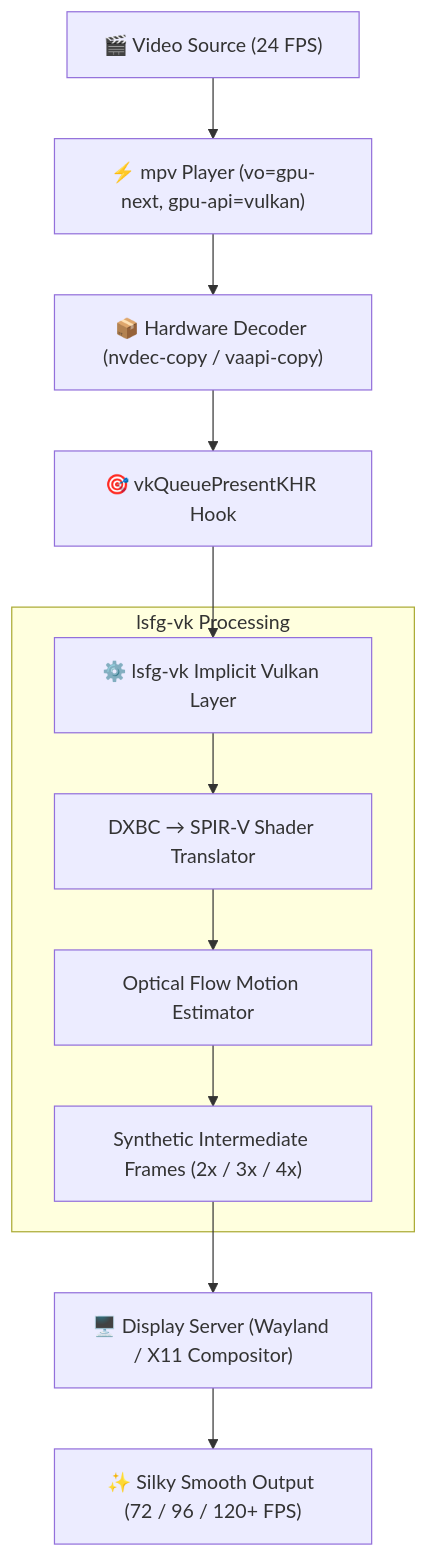
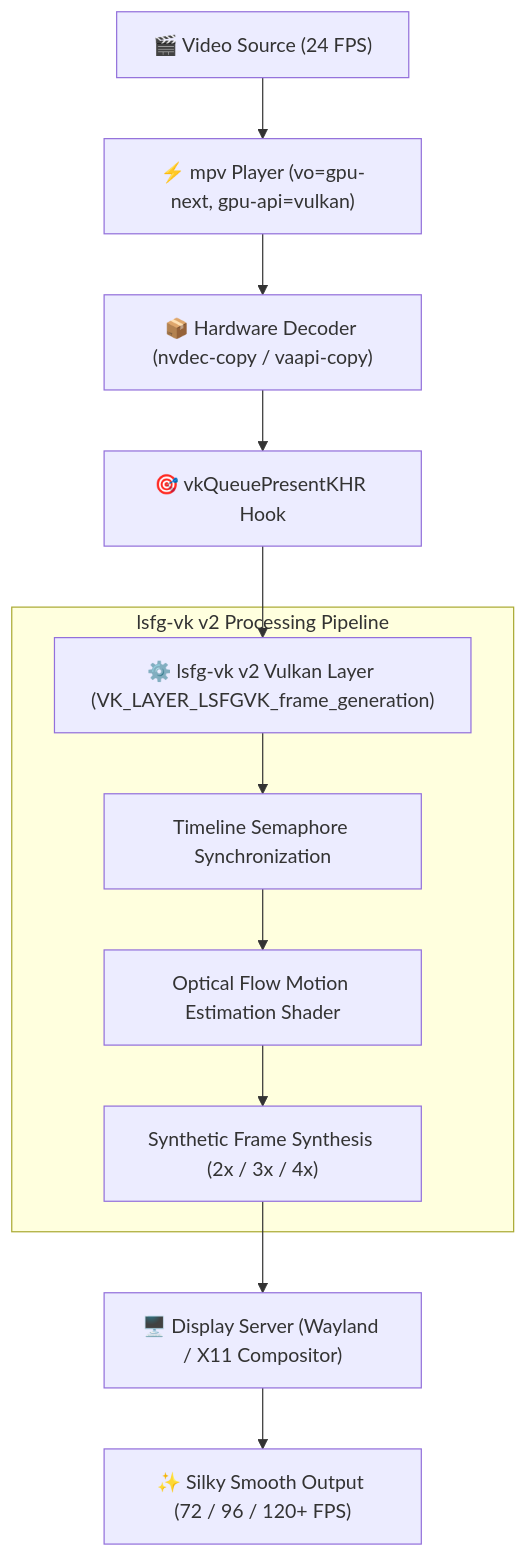
One commit to punitr2007/lsfg-mpv-interpolation-configs changed the diagram in README.md. Above: the diagram before and after it, drawn with Mermaid. The commit also changed other lines of this file and 8 other files, not shown here.

First line of the commit message:
feat(v2): upgrade configs, launcher, and installer to lsfg-vk v2 architecture

````diff
--- a/README.md
+++ b/README.md
@@ -164,14 +207,14 @@
 ```mermaid
 flowchart TD
     A["🎬 Video Source (24 FPS)"] --> B["⚡ mpv Player (vo=gpu-next, gpu-api=vulkan)"]
     B --> C["📦 Hardware Decoder (nvdec-copy / vaapi-copy)"]
     C --> D["🎯 vkQueuePresentKHR Hook"]
-    D --> E["⚙️ lsfg-vk Implicit Vulkan Layer"]
-    subgraph LayerEngine ["lsfg-vk Processing"]
-        E --> F["DXBC → SPIR-V Shader Translator"]
-        F --> G["Optical Flow Motion Estimator"]
-        G --> H["Synthetic Intermediate Frames (2x / 3x / 4x)"]
+    D --> E["⚙️ lsfg-vk v2 Vulkan Layer (VK_LAYER_LSFGVK_frame_generation)"]
+    subgraph LayerEngine ["lsfg-vk v2 Processing Pipeline"]
+        E --> F["Timeline Semaphore Synchronization"]
+        F --> G["Optical Flow Motion Estimation Shader"]
+        G --> H["Synthetic Frame Synthesis (2x / 3x / 4x)"]
     end
     H --> I["🖥️ Display Server (Wayland / X11 Compositor)"]
     I --> J["✨ Silky Smooth Output (72 / 96 / 120+ FPS)"]
 ```
````
